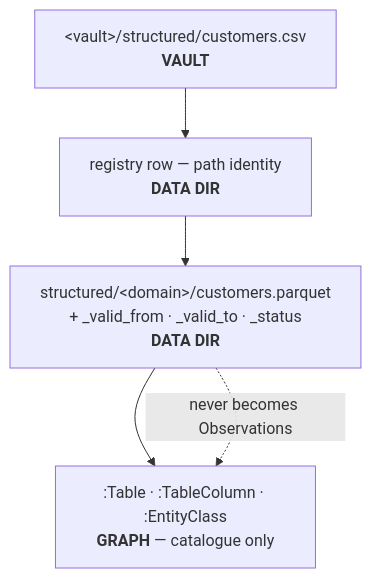
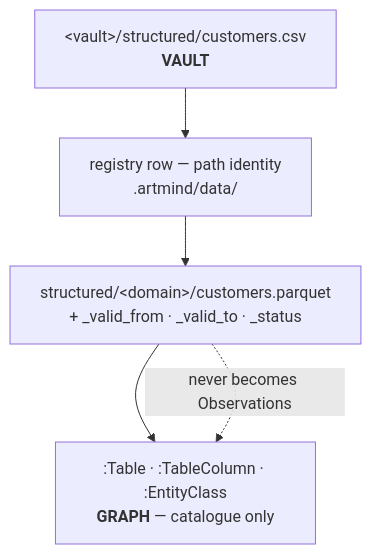
Before and after one commit to neurongraph/artmind9: the third of 3 diagrams in docs/stores-and-repos.md, drawn with Mermaid. The commit also changed other lines of this file and 2 other files, not shown here.

````diff
--- a/docs/stores-and-repos.md
+++ b/docs/stores-and-repos.md
@@ -132,10 +152,10 @@
 ```mermaid
 flowchart TD
     C["&lt;vault&gt;/structured/customers.csv<br/><b>VAULT</b>"]
-    R["registry row — path identity<br/><b>DATA DIR</b>"]
-    PQ["structured/&lt;domain&gt;/customers.parquet<br/>+ _valid_from · _valid_to · _status<br/><b>DATA DIR</b>"]
+    R["registry row — path identity<br/>.artmind/data/"]
+    PQ["structured/&lt;domain&gt;/customers.parquet<br/>+ _valid_from · _valid_to · _status"]
     CAT[":Table · :TableColumn · :EntityClass<br/><b>GRAPH</b> — catalogue only"]
 
     C --> R --> PQ --> CAT
     PQ -.->|never becomes Observations| CAT
 ```
````
